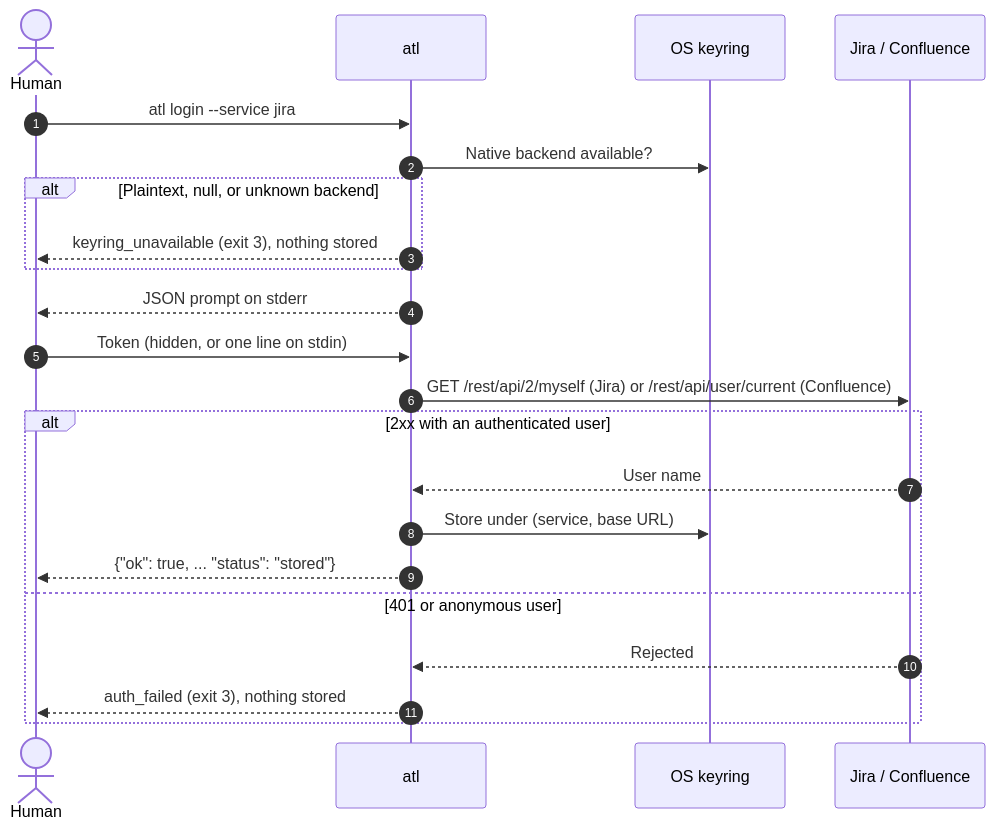
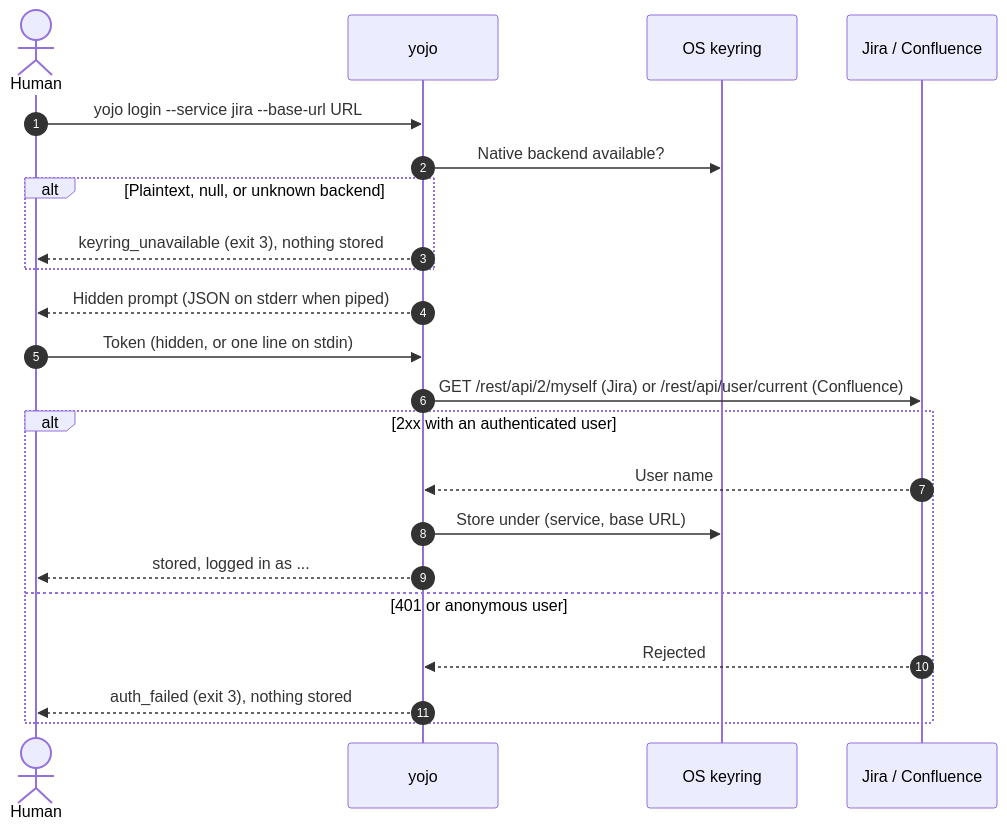
The diagram in docs/getting-started.md (calvinware/atlass-cli), drawn with Mermaid before and after one commit. The commit also changed other lines of this file and 80 other files, not shown here.

First line of the commit message:
feat(cli): establish yojo 0.1.0 and generic Jira issue commands (#14)

````diff
--- a/docs/getting-started.md
+++ b/docs/getting-started.md
@@ -181,24 +178,24 @@
 ```mermaid
 sequenceDiagram
     autonumber
     actor Human
-    participant atl
+    participant yojo
     participant Keyring as OS keyring
     participant Server as Jira / Confluence
-    Human->>atl: atl login --service jira
-    atl->>Keyring: Native backend available?
+    Human->>yojo: yojo login --service jira --base-url URL
+    yojo->>Keyring: Native backend available?
     alt Plaintext, null, or unknown backend
-        atl-->>Human: keyring_unavailable (exit 3), nothing stored
+        yojo-->>Human: keyring_unavailable (exit 3), nothing stored
     end
-    atl-->>Human: JSON prompt on stderr
-    Human->>atl: Token (hidden, or one line on stdin)
-    atl->>Server: GET /rest/api/2/myself (Jira) or /rest/api/user/current (Confluence)
+    yojo-->>Human: Hidden prompt (JSON on stderr when piped)
+    Human->>yojo: Token (hidden, or one line on stdin)
+    yojo->>Server: GET /rest/api/2/myself (Jira) or /rest/api/user/current (Confluence)
     alt 2xx with an authenticated user
-        Server-->>atl: User name
-        atl->>Keyring: Store under (service, base URL)
-        atl-->>Human: {"ok": true, ... "status": "stored"}
+        Server-->>yojo: User name
+        yojo->>Keyring: Store under (service, base URL)
+        yojo-->>Human: stored, logged in as ...
     else 401 or anonymous user
-        Server-->>atl: Rejected
-        atl-->>Human: auth_failed (exit 3), nothing stored
+        Server-->>yojo: Rejected
+        yojo-->>Human: auth_failed (exit 3), nothing stored
     end
 ```
````
